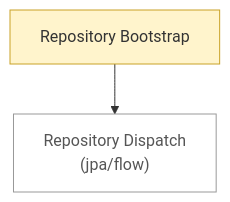
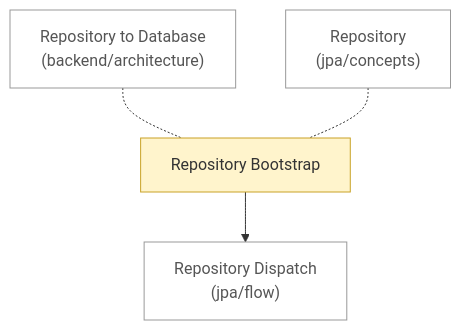
One commit to Pizza-Mozzarella/self-learning changed the diagram in notes/backend/spring/flow/README.md. Above: the diagram before and after it, drawn with Mermaid. The commit also changed other lines of this file and 44 other files, not shown here.

````diff
--- a/notes/backend/spring/flow/README.md
+++ b/notes/backend/spring/flow/README.md
@@ -6,10 +6,14 @@
 ```mermaid
 flowchart TD
     n0["Repository Bootstrap"]:::draft
-    n1["Repository Dispatch<br/>(jpa/flow)"]:::ext
-    n0 --> n1
+    n1["Repository to Database<br/>(backend/architecture)"]:::ext
+    n2["Repository<br/>(jpa/concepts)"]:::ext
+    n3["Repository Dispatch<br/>(jpa/flow)"]:::ext
+    n1 -.- n0
+    n2 -.- n0
+    n0 --> n3
     classDef stub fill:#eeeeee,stroke:#999999,stroke-dasharray:4 3,color:#555555
     classDef draft fill:#fff4cc,stroke:#c9a227,color:#333333
     classDef ok fill:#d8f0dc,stroke:#3a9d5d,color:#222222
     classDef ext fill:#ffffff,stroke:#999999,color:#555555
 ```
````
